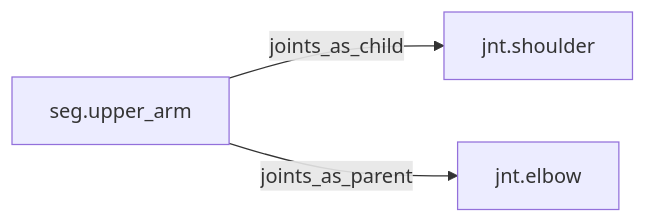
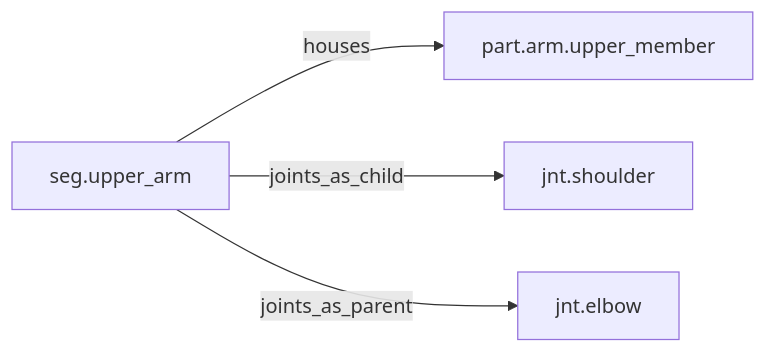
One commit to JoeCiampa3/freyja changed the diagram in thread/dossiers/seg.upper_arm.md. Above: the diagram before and after it, drawn with Mermaid. The commit also changed other lines of this file and 15 other files, not shown here.

````diff
--- a/thread/dossiers/seg.upper_arm.md
+++ b/thread/dossiers/seg.upper_arm.md
@@ -68,8 +69,10 @@
 ```mermaid
 graph LR
   n0["seg.upper_arm"]
   n1["jnt.elbow"]
   n2["jnt.shoulder"]
+  n3["part.arm.upper_member"]
+  n0 -->|houses| n3
   n0 -->|joints_as_child| n2
   n0 -->|joints_as_parent| n1
 ```
````
